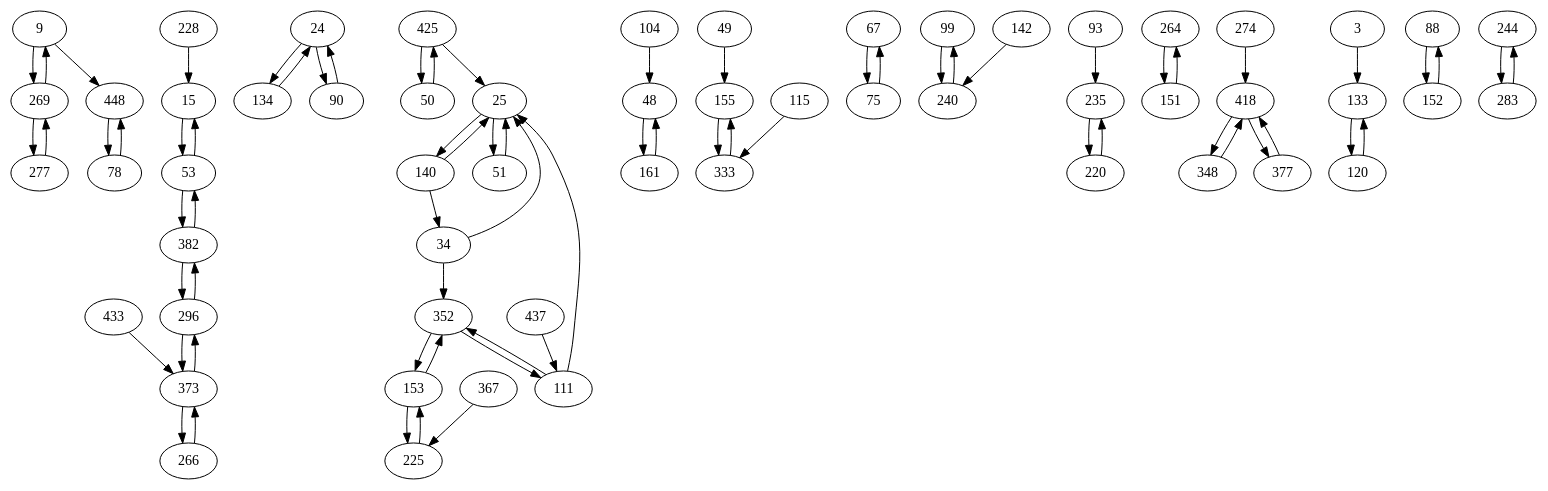
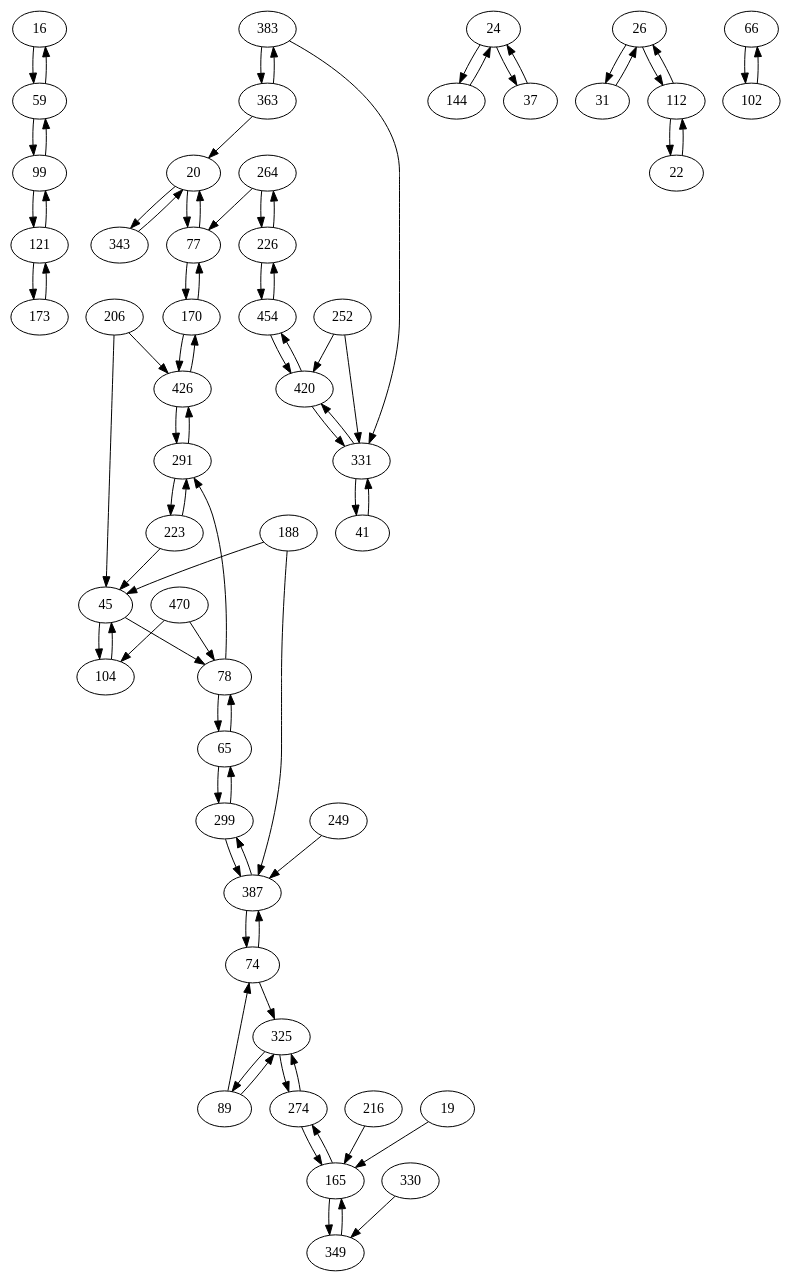
The diagram in external/dbg2olc/RawBestOverlapGraph.dot (AuCson/Genome-Assembly-Implementation), drawn with Graphviz before and after one commit. The commit also changed 105 other files, not shown here.

```diff
--- a/external/dbg2olc/RawBestOverlapGraph.dot
+++ b/external/dbg2olc/RawBestOverlapGraph.dot
@@ -1,129 +1,133 @@
 digraph G {
-9 -> 269;
-15 -> 53;
-24 -> 134;
-25 -> 140;
-34 -> 352;
-48 -> 161;
-49 -> 155;
-50 -> 425;
-53 -> 15;
-67 -> 75;
-75 -> 67;
-78 -> 448;
-99 -> 240;
-104 -> 48;
-111 -> 352;
-115 -> 333;
-134 -> 24;
-140 -> 34;
-142 -> 240;
-153 -> 352;
-155 -> 333;
-225 -> 153;
-235 -> 220;
-240 -> 99;
-264 -> 151;
-269 -> 9;
-274 -> 418;
-277 -> 269;
-296 -> 382;
-333 -> 155;
-352 -> 153;
-373 -> 296;
-382 -> 53;
-418 -> 348;
-425 -> 25;
-433 -> 373;
-437 -> 111;
-3 -> 133;
-9 -> 448;
-24 -> 90;
-25 -> 51;
-34 -> 25;
-51 -> 25;
-53 -> 382;
-88 -> 152;
-90 -> 24;
-93 -> 235;
-111 -> 25;
-120 -> 133;
-133 -> 120;
-140 -> 25;
-151 -> 264;
-152 -> 88;
-153 -> 225;
-161 -> 48;
-220 -> 235;
-228 -> 15;
-244 -> 283;
-266 -> 373;
-269 -> 277;
-283 -> 244;
-296 -> 373;
-348 -> 418;
-352 -> 111;
-367 -> 225;
-373 -> 266;
-377 -> 418;
-382 -> 296;
-418 -> 377;
-425 -> 50;
-448 -> 78;
-3
-9
-15
+16 -> 59;
+20 -> 77;
+24 -> 144;
+26 -> 31;
+45 -> 104;
+59 -> 16;
+65 -> 299;
+74 -> 325;
+77 -> 170;
+78 -> 291;
+89 -> 325;
+99 -> 59;
+104 -> 45;
+112 -> 26;
+121 -> 173;
+165 -> 274;
+170 -> 426;
+188 -> 45;
+206 -> 45;
+216 -> 165;
+223 -> 291;
+226 -> 264;
+252 -> 420;
+264 -> 226;
+274 -> 325;
+291 -> 223;
+299 -> 387;
+325 -> 274;
+330 -> 349;
+331 -> 420;
+363 -> 20;
+383 -> 363;
+387 -> 299;
+420 -> 454;
+426 -> 170;
+454 -> 226;
+470 -> 104;
+19 -> 165;
+20 -> 343;
+22 -> 112;
+24 -> 37;
+26 -> 112;
+31 -> 26;
+37 -> 24;
+41 -> 331;
+45 -> 78;
+59 -> 99;
+65 -> 78;
+66 -> 102;
+74 -> 387;
+77 -> 20;
+78 -> 65;
+89 -> 74;
+99 -> 121;
+102 -> 66;
+112 -> 22;
+121 -> 99;
+144 -> 24;
+165 -> 349;
+170 -> 77;
+173 -> 121;
+188 -> 387;
+206 -> 426;
+223 -> 45;
+226 -> 454;
+249 -> 387;
+252 -> 331;
+264 -> 77;
+274 -> 165;
+291 -> 426;
+299 -> 65;
+325 -> 89;
+331 -> 41;
+343 -> 20;
+349 -> 165;
+363 -> 383;
+383 -> 331;
+387 -> 74;
+420 -> 331;
+426 -> 291;
+454 -> 420;
+470 -> 78;
+16
+19
+20
+22
 24
-25
-34
-48
-49
-50
-51
-53
-67
-75
+26
+31
+37
+41
+45
+59
+65
+66
+74
+77
 78
-88
-90
-93
+89
 99
+102
 104
-111
-115
-120
-133
-134
-140
-142
-151
-152
-153
-155
-161
-220
-225
-228
-235
-240
-244
+112
+121
+144
+165
+170
+173
+188
+206
+216
+223
+226
+249
+252
 264
-266
-269
 274
-277
-283
-296
-333
-348
-352
-367
-373
-377
-382
-418
-425
-433
-437
-448
+291
+299
+325
+330
+331
+343
+349
+363
+383
+387
+420
+426
+454
+470
 }
```
